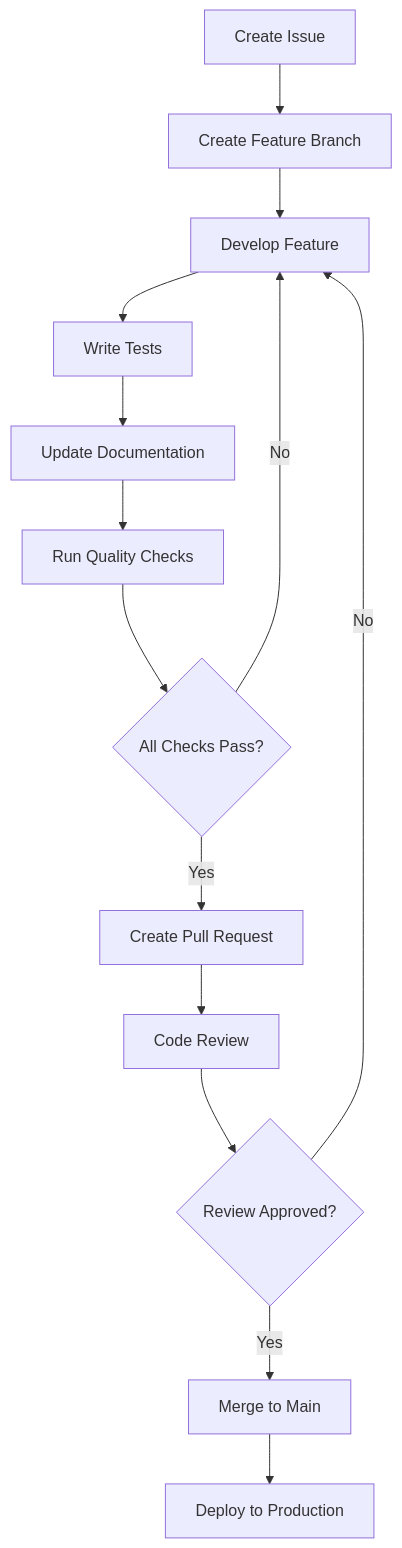
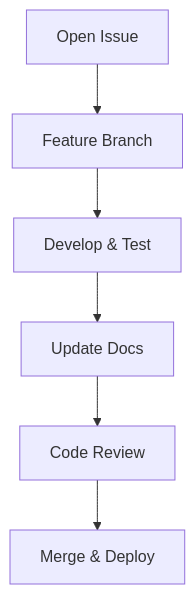
The second of 2 diagrams in README.md (rameshchavan07/GreenRoots), drawn with Mermaid before and after one commit. The commit also changed other lines of this file, not shown here.

````diff
--- a/README.md
+++ b/README.md
@@ -419,16 +197,8 @@
 ```mermaid
 flowchart TD
-    A[Create Issue] --> B[Create Feature Branch]
-    B --> C[Develop Feature]
-    C --> D[Write Tests]
-    D --> E[Update Documentation]
-    E --> F[Run Quality Checks]
-    F --> G{All Checks Pass?}
-    G -->|No| C
-    G -->|Yes| H[Create Pull Request]
-    H --> I[Code Review]
-    I --> J{Review Approved?}
-    J -->|No| C
-    J -->|Yes| K[Merge to Main]
-    K --> L[Deploy to Production]
+    A[Open Issue] --> B[Feature Branch]
+    B --> C[Develop & Test]
+    C --> D[Update Docs]
+    D --> E[Code Review]
+    E --> F[Merge & Deploy]
 ```
````
